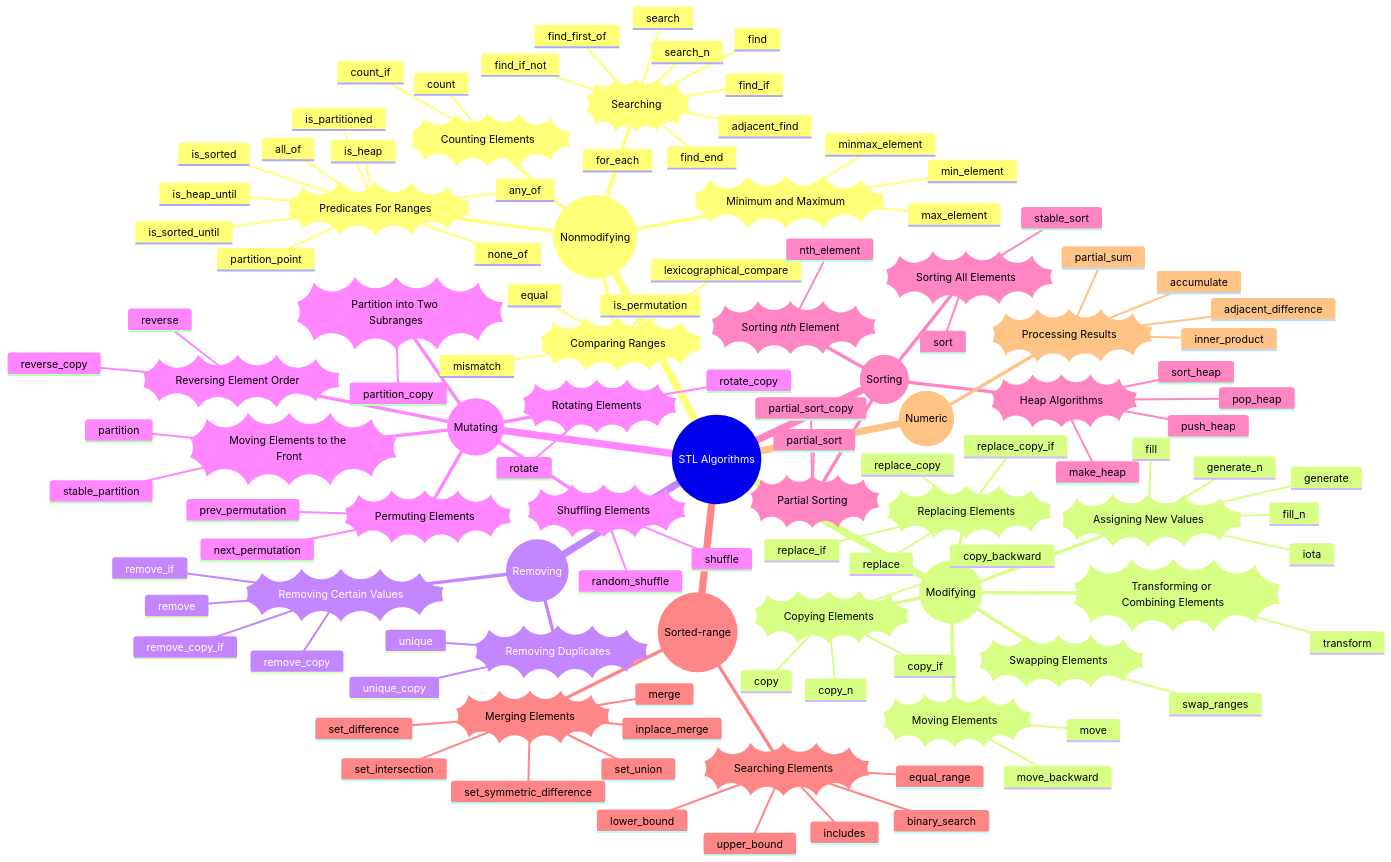
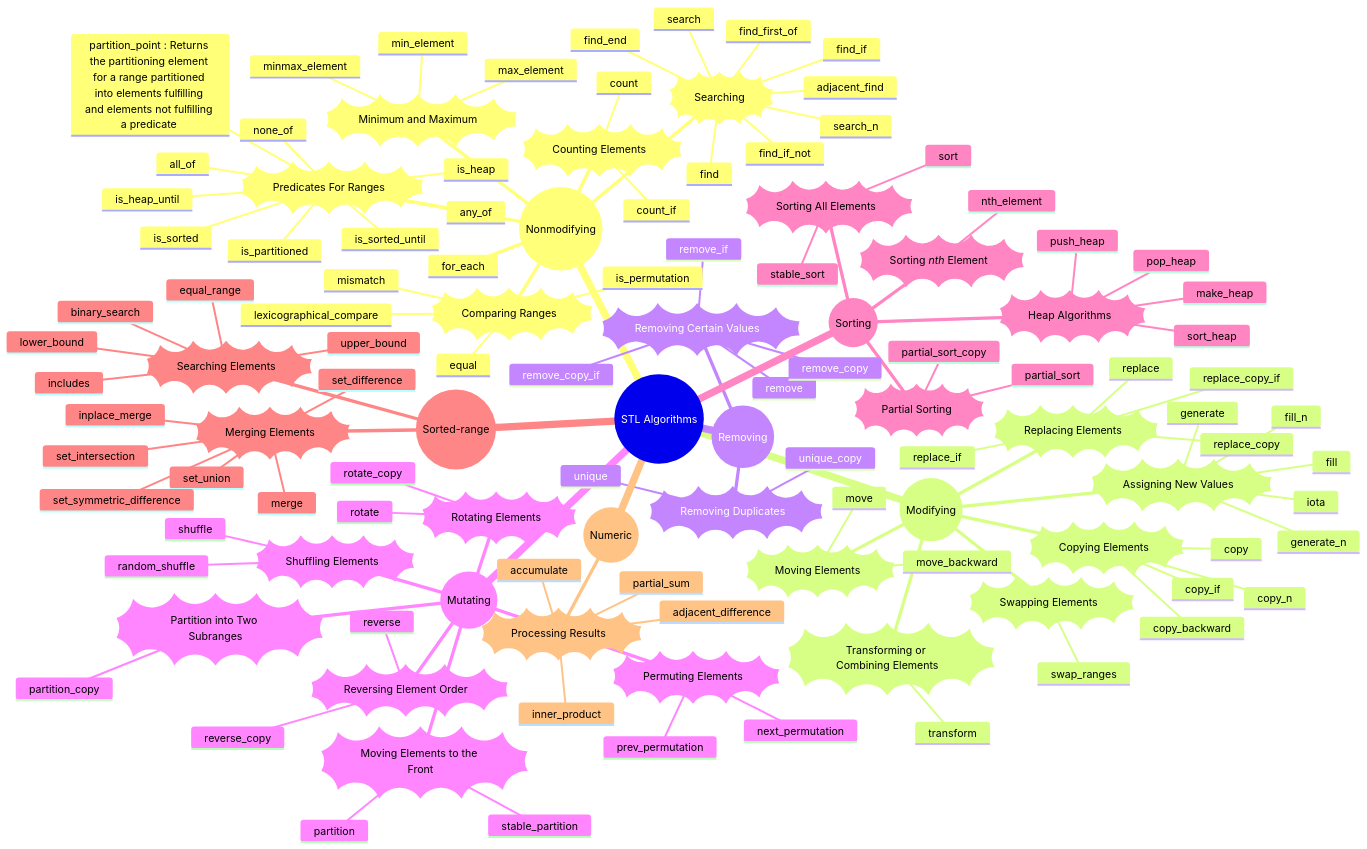
Before and after one commit to arindamrc/cpp_mindmaps: the diagram in stl_algorithms.md, drawn with Mermaid. The commit also changed other lines of this file, not shown here.

```diff
--- a/stl_algorithms.md
+++ b/stl_algorithms.md
@@ -33,7 +33,7 @@
             is_sorted
             is_sorted_until
             is_partitioned
-            partition_point
+            partition_point : Returns the partitioning element for a range partitioned into elements fulﬁlling and elements not fulﬁlling a predicate 
             is_heap
             is_heap_until
             all_of
```
